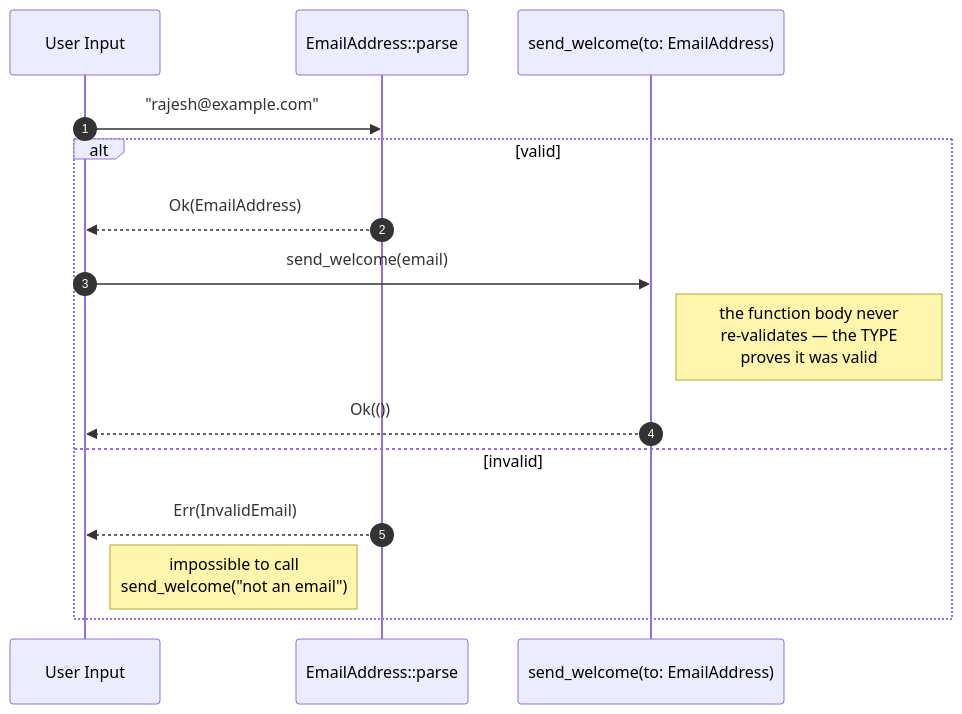
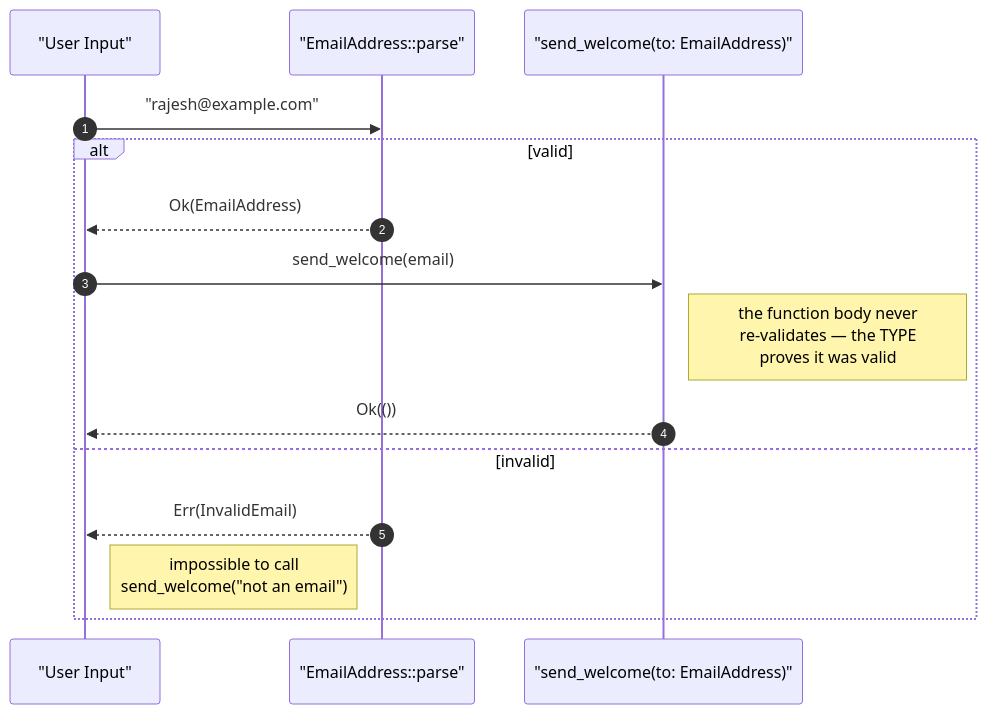
One commit to rajeshpillai/rust-patterns changed the diagram in patterns/rust-idiomatic/newtype/diagrams/sequence.mmd. Above: the diagram before and after it, drawn with Mermaid. The commit also changed 16 other files, not shown here.

```diff
--- a/patterns/rust-idiomatic/newtype/diagrams/sequence.mmd
+++ b/patterns/rust-idiomatic/newtype/diagrams/sequence.mmd
@@ -1,18 +1,18 @@
 %% Parse, don't validate — the value that arrives in a domain function
 %% has already been proven legal by its type.
 sequenceDiagram
     autonumber
-    participant UI as User Input
-    participant Parser as EmailAddress::parse
-    participant Svc as send_welcome(to: EmailAddress)
+    participant UI as "User Input"
+    participant Parser as "EmailAddress::parse"
+    participant Svc as "send_welcome(to: EmailAddress)"
 
     UI->>Parser: "rajesh@example.com"
     alt valid
         Parser-->>UI: Ok(EmailAddress)
         UI->>Svc: send_welcome(email)
         Note right of Svc: the function body never<br/>re-validates — the TYPE<br/>proves it was valid
         Svc-->>UI: Ok(())
     else invalid
         Parser-->>UI: Err(InvalidEmail)
         Note right of UI: impossible to call<br/>send_welcome("not an email")
     end
```
